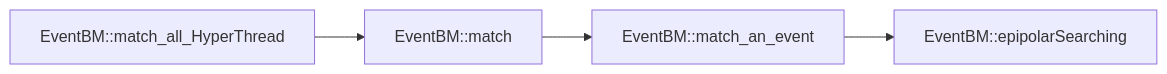
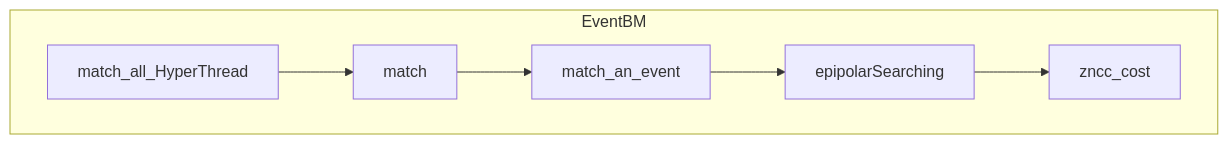
Before and after one commit to 2c984r83y/2c984r83y.github.io: the second of 2 diagrams in _posts/2023-10-17-ESVO.md, drawn with Mermaid. The commit also changed other lines of this file, not shown here.

````diff
--- a/_posts/2023-10-17-ESVO.md
+++ b/_posts/2023-10-17-ESVO.md
@@ -263,6 +266,11 @@
 ```mermaid
-graph LR
-A[EventBM::match_all_HyperThread] --> B[EventBM::match]
-B --> C[EventBM::match_an_event]
-C --> D[EventBM::epipolarSearching]
+graph 
+subgraph EventBM
+  A[match_all_HyperThread]  
+  B[match] 
+  C[match_an_event] 
+  D[epipolarSearching]
+  E[zncc_cost]
+  A --> B --> C --> D --> E
+end
 ```
````
